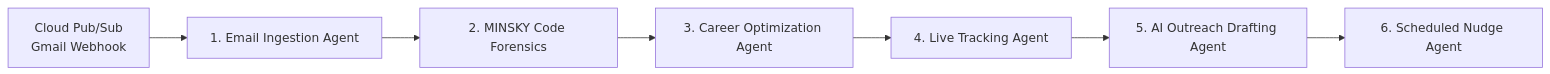
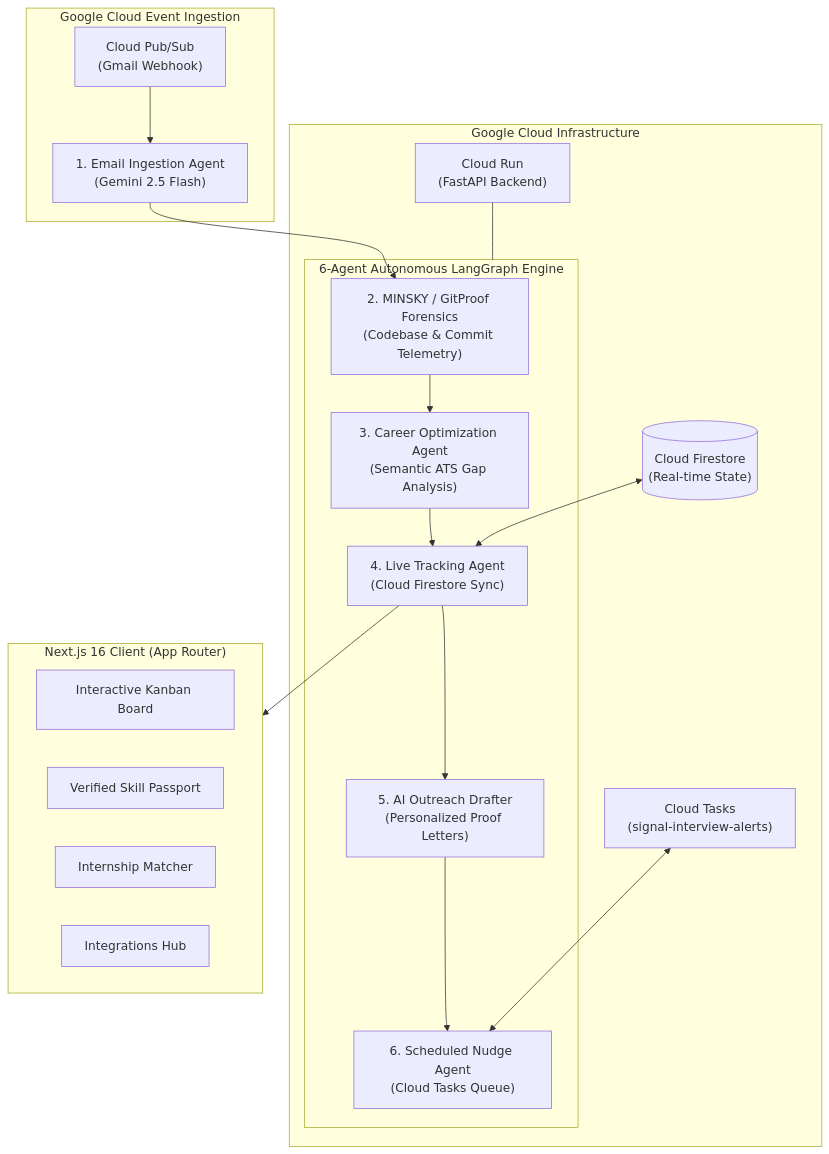
One commit to uselessdevloper/signal- changed the diagram in README.md. Above: the diagram before and after it, drawn with Mermaid. The commit also changed other lines of this file and 55 other files, not shown here.

Commit message:
feat(signal): full platform evolution to SIGNAL with 6-agent LangGraph, GitProof forensics, UI polish, brand assets, and docs

````diff
--- a/README.md
+++ b/README.md
@@ -30,9 +46,29 @@
 ```mermaid
-flowchart LR
-    PubSub[Cloud Pub/Sub\nGmail Webhook] --> A1[1. Email Ingestion Agent]
-    A1 --> A2[2. MINSKY Code Forensics]
-    A2 --> A3[3. Career Optimization Agent]
-    A3 --> A4[4. Live Tracking Agent]
-    A4 --> A5[5. AI Outreach Drafting Agent]
-    A5 --> A6[6. Scheduled Nudge Agent]
+flowchart TD
+    subgraph Ingestion["Google Cloud Event Ingestion"]
+        PubSub["Cloud Pub/Sub\n(Gmail Webhook)"] --> A1["1. Email Ingestion Agent\n(Gemini 2.5 Flash)"]
+    end
+
+    subgraph LangGraph["6-Agent Autonomous LangGraph Engine"]
+        A1 --> A2["2. MINSKY / GitProof Forensics\n(Codebase & Commit Telemetry)"]
+        A2 --> A3["3. Career Optimization Agent\n(Semantic ATS Gap Analysis)"]
+        A3 --> A4["4. Live Tracking Agent\n(Cloud Firestore Sync)"]
+        A4 --> A5["5. AI Outreach Drafter\n(Personalized Proof Letters)"]
+        A5 --> A6["6. Scheduled Nudge Agent\n(Cloud Tasks Queue)"]
+    end
+
+    subgraph CloudInfra["Google Cloud Infrastructure"]
+        Firestore[("Cloud Firestore\n(Real-time State)")] <--> A4
+        CloudTasks["Cloud Tasks\n(signal-interview-alerts)"] <--> A6
+        CloudRun["Cloud Run\n(FastAPI Backend)"] --- LangGraph
+    end
+
+    subgraph Frontend["Next.js 16 Client (App Router)"]
+        Kanban["Interactive Kanban Board"]
+        Passport["Verified Skill Passport"]
+        Matcher["Internship Matcher"]
+        Integrations["Integrations Hub"]
+    end
+
+    A4 --> Frontend
 ```
````
